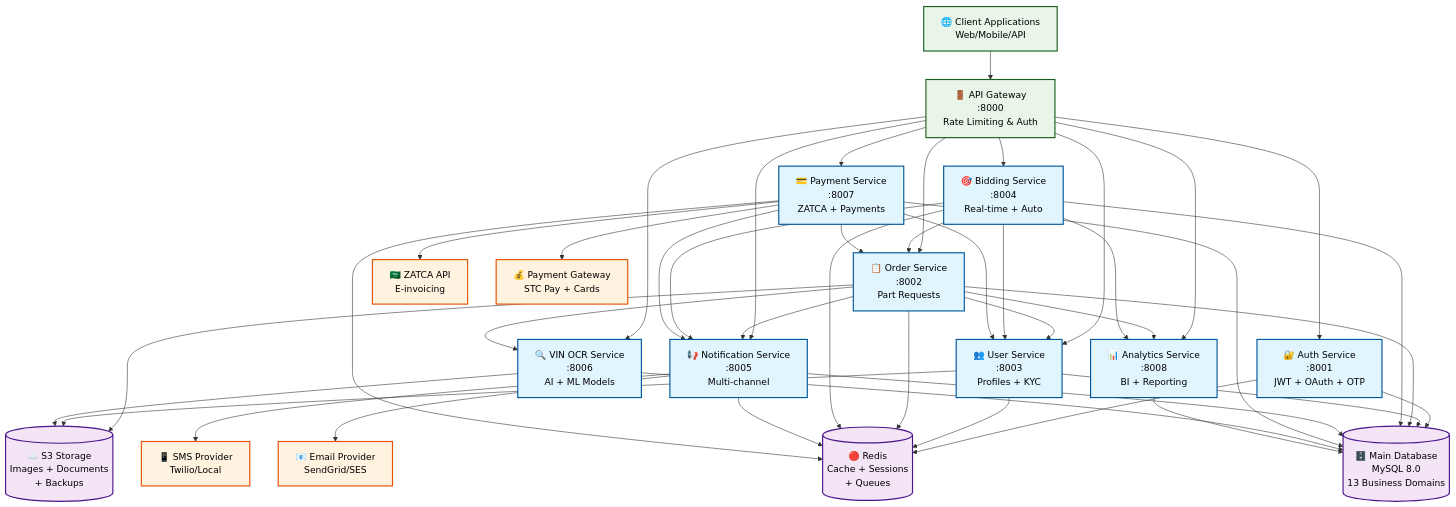
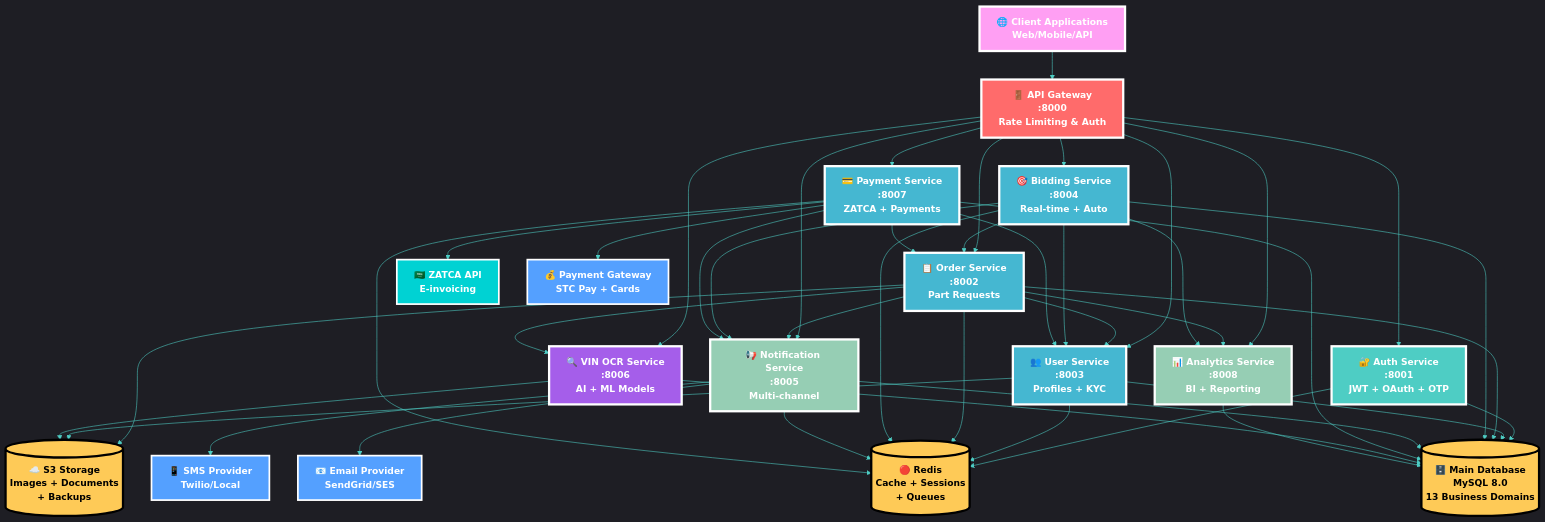
The first of 7 diagrams in diagrams/service-architecture.md (abdoElHodaky/larvrevrstender), drawn with Mermaid before and after one commit. The commit also changed other lines of this file, not shown here.

First line of the commit message:
🎯 FINAL STEP: Complete service architecture diagrams with distinguished styling

````diff
--- a/diagrams/service-architecture.md
+++ b/diagrams/service-architecture.md
@@ -5,4 +7,20 @@
 ```mermaid
+%%{init: {
+  'theme': 'dark',
+  'themeVariables': {
+    'primaryColor': '#FF6B6B',
+    'primaryTextColor': '#FFFFFF',
+    'primaryBorderColor': '#FF8E8E',
+    'lineColor': '#4ECDC4',
+    'secondaryColor': '#45B7D1',
+    'tertiaryColor': '#96CEB4',
+    'background': '#0F172A',
+    'mainBkg': '#1E293B',
+    'secondBkg': '#334155',
+    'tertiaryBkg': '#475569'
+  }
+}}%%
+
 graph TB
     %% External Systems
     Client[🌐 Client Applications<br/>Web/Mobile/API]
@@ -85,14 +103,25 @@
     UserSvc --> S3
     VinOcrSvc --> S3
     
-    %% Styling
-    classDef serviceBox fill:#e1f5fe,stroke:#01579b,stroke-width:2px,color:#000
-    classDef dataBox fill:#f3e5f5,stroke:#4a148c,stroke-width:2px,color:#000
-    classDef externalBox fill:#fff3e0,stroke:#e65100,stroke-width:2px,color:#000
-    classDef clientBox fill:#e8f5e8,stroke:#1b5e20,stroke-width:2px,color:#000
+    %% 🎨 Distinguished Eye-Catching Styling
+    classDef clientStyle fill:#FF9FF3,stroke:#FFFFFF,stroke-width:4px,color:#FFFFFF,font-weight:bold
+    classDef gatewayStyle fill:#FF6B6B,stroke:#FFFFFF,stroke-width:4px,color:#FFFFFF,font-weight:bold
+    classDef authStyle fill:#4ECDC4,stroke:#FFFFFF,stroke-width:4px,color:#FFFFFF,font-weight:bold
+    classDef coreServiceStyle fill:#45B7D1,stroke:#FFFFFF,stroke-width:4px,color:#FFFFFF,font-weight:bold
+    classDef supportServiceStyle fill:#96CEB4,stroke:#FFFFFF,stroke-width:4px,color:#FFFFFF,font-weight:bold
+    classDef dataStyle fill:#FECA57,stroke:#000000,stroke-width:4px,color:#000000,font-weight:bold
+    classDef externalStyle fill:#54A0FF,stroke:#FFFFFF,stroke-width:3px,color:#FFFFFF,font-weight:bold
+    classDef governmentStyle fill:#00D2D3,stroke:#FFFFFF,stroke-width:3px,color:#FFFFFF,font-weight:bold
+    classDef aiStyle fill:#A55EEA,stroke:#FFFFFF,stroke-width:4px,color:#FFFFFF,font-weight:bold
     
-    class AuthSvc,UserSvc,OrderSvc,BiddingSvc,NotificationSvc,PaymentSvc,VinOcrSvc,AnalyticsSvc serviceBox
-    class MainDB,Redis,S3 dataBox
-    class ZATCA,PaymentGW,SMSProvider,EmailProvider externalBox
-    class Client,Gateway clientBox
+    %% Apply Component Styling
+    class Client clientStyle
+    class Gateway gatewayStyle
+    class AuthSvc authStyle
+    class UserSvc,OrderSvc,BiddingSvc,PaymentSvc coreServiceStyle
+    class NotificationSvc,AnalyticsSvc supportServiceStyle
+    class VinOcrSvc aiStyle
+    class MainDB,Redis,S3 dataStyle
+    class ZATCA governmentStyle
+    class PaymentGW,SMSProvider,EmailProvider externalStyle
 ```
````
